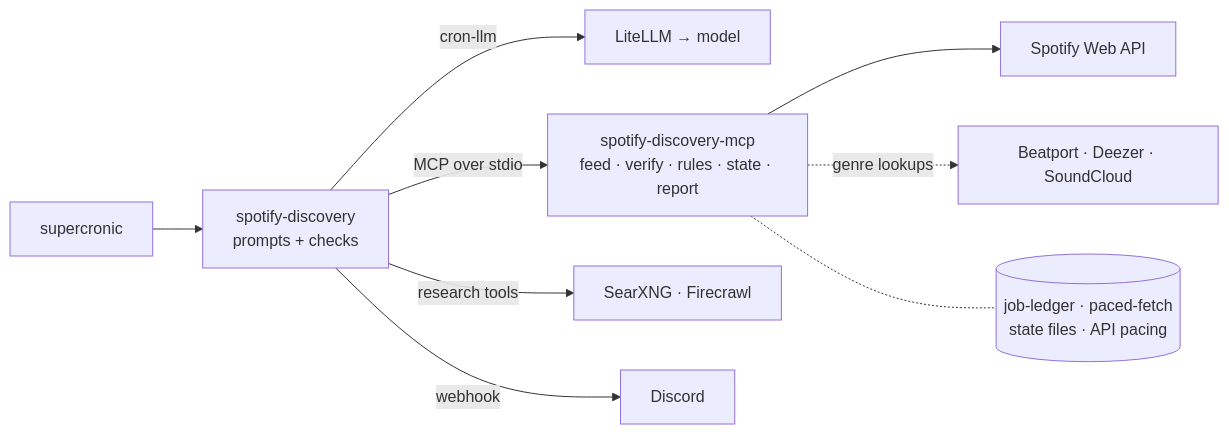
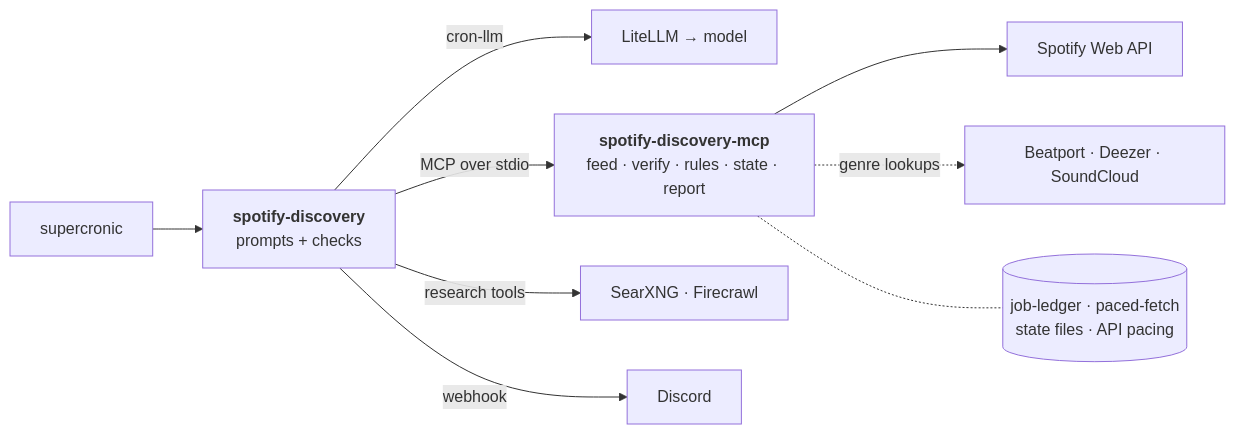
One commit to wkbaran/spotify-discovery changed the diagram in README.md. Above: the diagram before and after it, drawn with Mermaid.

Commit message:
README diagram: package names in bold, details on the line below

````diff
--- a/README.md
+++ b/README.md
@@ -70,11 +70,14 @@
 ```mermaid
 flowchart LR
-  cron["supercronic"] --> job["spotify-discovery<br/>prompts + checks"]
+  cron["supercronic"] --> job["`**spotify-discovery**
+prompts + checks`"]
   job -- "cron-llm" --> llm["LiteLLM → model"]
-  job -- "MCP over stdio" --> mcp["spotify-discovery-mcp<br/>feed · verify · rules · state · report"]
+  job -- "MCP over stdio" --> mcp["`**spotify-discovery-mcp**
+feed · verify · rules · state · report`"]
   job -- "research tools" --> web["SearXNG · Firecrawl"]
   mcp --> api["Spotify Web API"]
   mcp -. "genre lookups" .-> meta["Beatport · Deezer · SoundCloud"]
-  mcp -.- libs[("job-ledger · paced-fetch<br/>state files · API pacing")]
+  mcp -.- libs[("`job-ledger · paced-fetch
+state files · API pacing`")]
   job -- "webhook" --> discord["Discord"]
 ```
````
